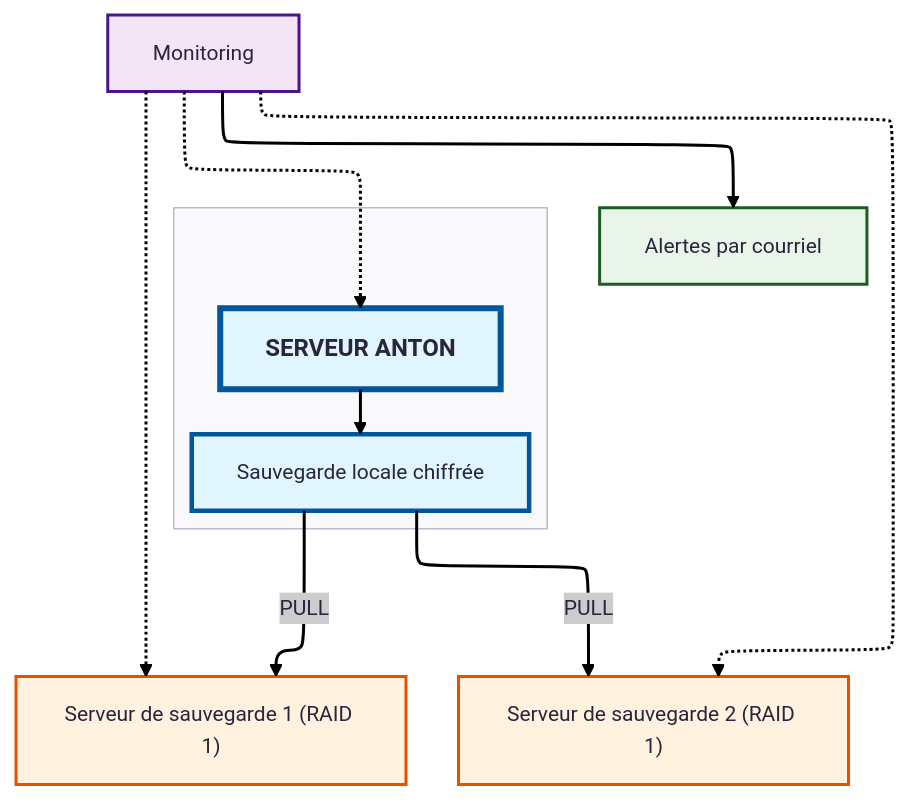
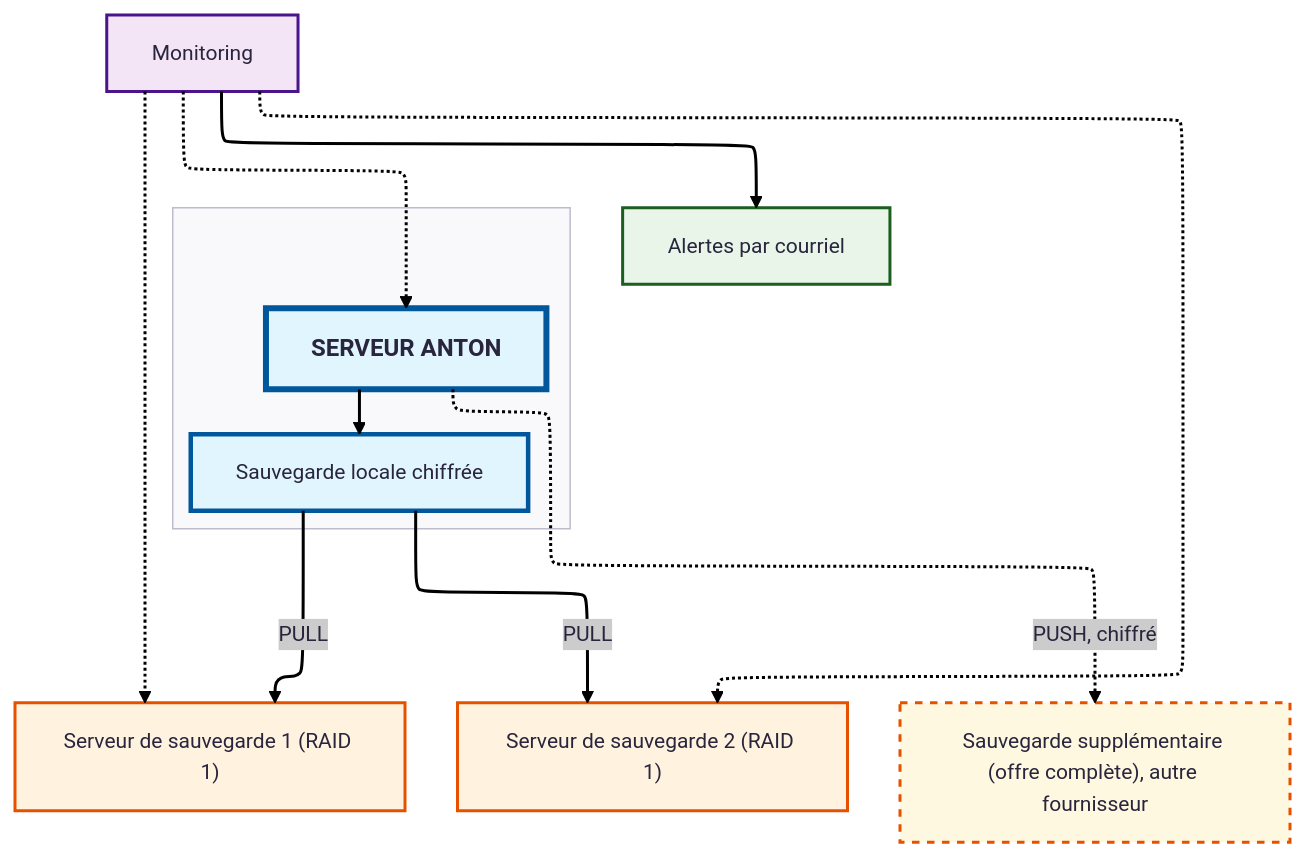
One commit to kraenzle-ritter/anton-documentation changed the diagram in docs/faq/infrastructure.fr.md. Above: the diagram before and after it, drawn with Mermaid. The commit also changed other lines of this file and 11 other files, not shown here.

````diff
--- a/docs/faq/infrastructure.fr.md
+++ b/docs/faq/infrastructure.fr.md
@@ -3,40 +3,43 @@
 ```mermaid
 ---
 config:
   theme: redux
   layout: elk
 ---
 flowchart TB
     subgraph prod[" "]
         U["SERVEUR ANTON"]
         UB[Sauvegarde locale chiffrée]
     end
 
     A["Serveur de sauvegarde 1 (RAID 1)"]
     L["Serveur de sauvegarde 2 (RAID 1)"]
     G[Monitoring]
     E[Alertes par courriel]
     %% Liaisons de sauvegarde
     U --> UB
     UB -->|PULL| A
     UB -->|PULL| L
+    U -.->|PUSH, chiffré| Z["Sauvegarde supplémentaire (offre complète), autre fournisseur"]
     
     %% Surveillance
     G -.-> U
     G -.-> A
     G -.-> L
     G --> E
     
     %% Styling
     classDef production fill:#e1f5fe,stroke:#01579b,stroke-width:3px
     classDef backup fill:#fff3e0,stroke:#e65100,stroke-width:2px
+    classDef extra fill:#fff8e1,stroke:#e65100,stroke-width:2px,stroke-dasharray: 5 5
     classDef monitoring fill:#f3e5f5,stroke:#4a148c,stroke-width:2px
     classDef notification fill:#e8f5e8,stroke:#1b5e20,stroke-width:2px
     classDef main fill:#e1f5fe,stroke:#01579b,stroke-width:4px,font-size:16px,font-weight:bold
     
     class UB production
     class A,L backup
+    class Z extra
     class G monitoring
     class E notification
     class U main
 ```
````
